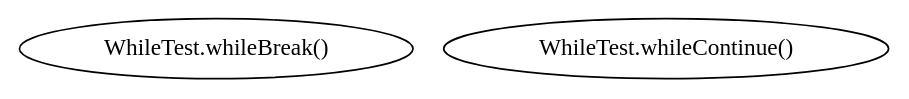
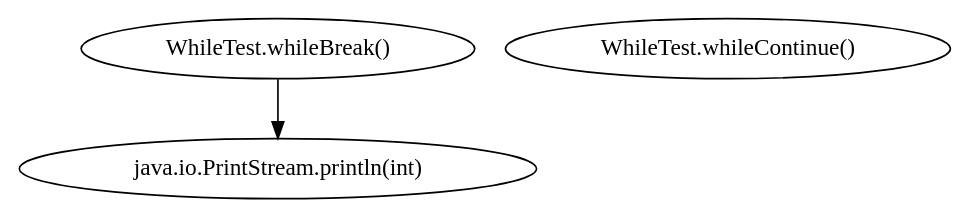
The diagram in staticSlicer/data/testcases/output/while/WhileTest/cg.dot (Surprise-Jing/Java-oriented-analysis-and-understanding-tools), drawn with Graphviz before and after one commit. The commit also changed 104 other files, not shown here.

```diff
--- a/staticSlicer/data/testcases/output/while/WhileTest/cg.dot
+++ b/staticSlicer/data/testcases/output/while/WhileTest/cg.dot
@@ -1,4 +1,6 @@
 digraph G {
   1 [ label="WhileTest.whileBreak()" ];
   2 [ label="WhileTest.whileContinue()" ];
+  3 [ label="java.io.PrintStream.println(int)" ];
+  1 -> 3;
 }
```
